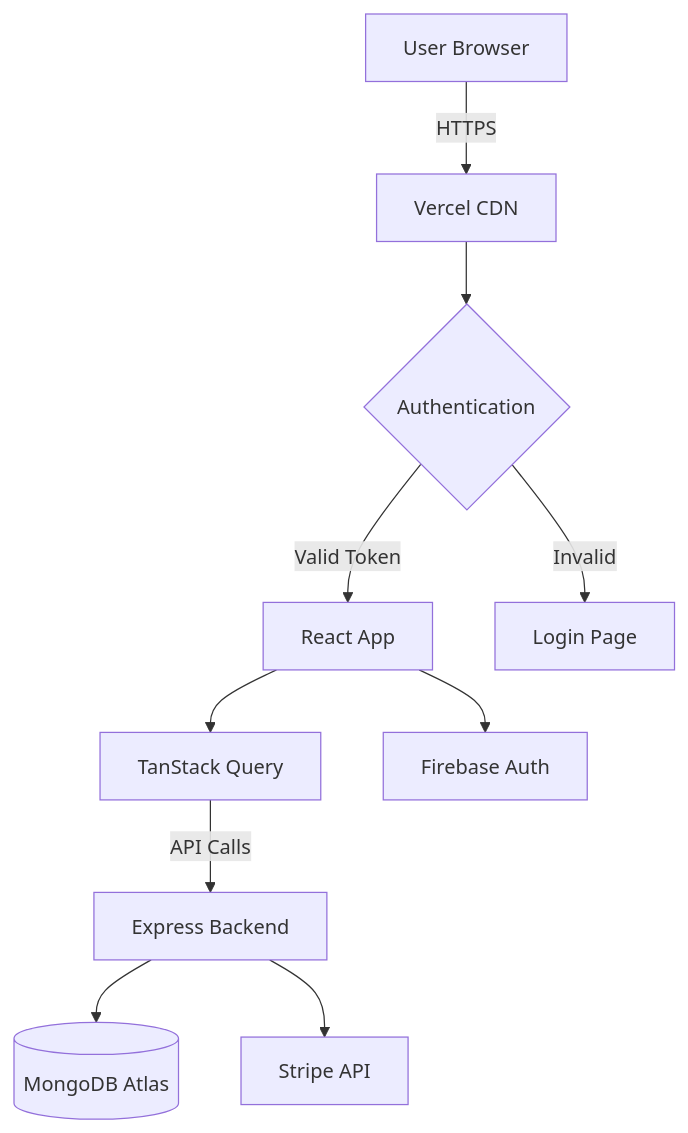
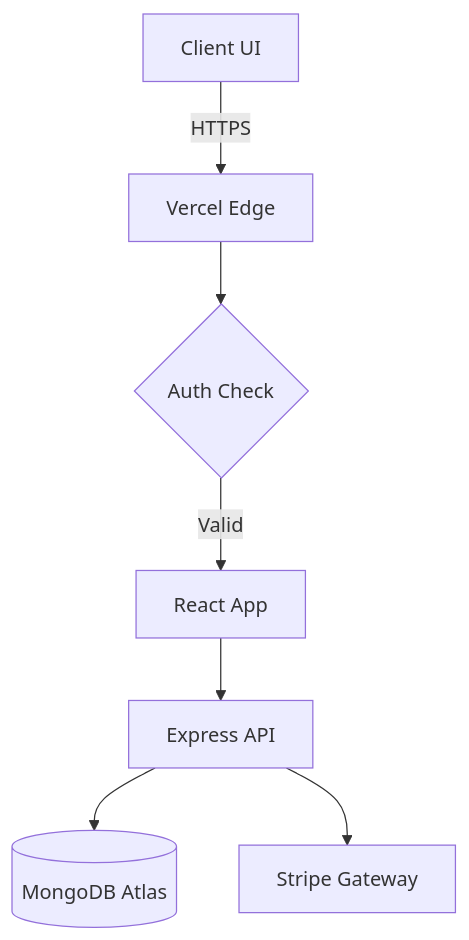
The first of 2 diagrams in README.md (rak9b/Akademi---Scholarship-Management-System-frontend-), drawn with Mermaid before and after one commit. The commit also changed other lines of this file, not shown here.

````diff
--- a/README.md
+++ b/README.md
@@ -230,12 +149,9 @@
 ```mermaid
 graph TD
-    A[User Browser] -->|HTTPS| B[Vercel CDN]
-    B --> C{Authentication}
-    C -->|Valid Token| D[React App]
-    C -->|Invalid| E[Login Page]
-    D --> F[TanStack Query]
-    F -->|API Calls| G[Express Backend]
-    G --> H[(MongoDB Atlas)]
-    G --> I[Stripe API]
-    D --> J[Firebase Auth]
+    A[Client UI] -->|HTTPS| B[Vercel Edge]
+    B --> C{Auth Check}
+    C -->|Valid| D[React App]
+    D --> E[Express API]
+    E --> F[(MongoDB Atlas)]
+    E --> G[Stripe Gateway]
 ```
````
